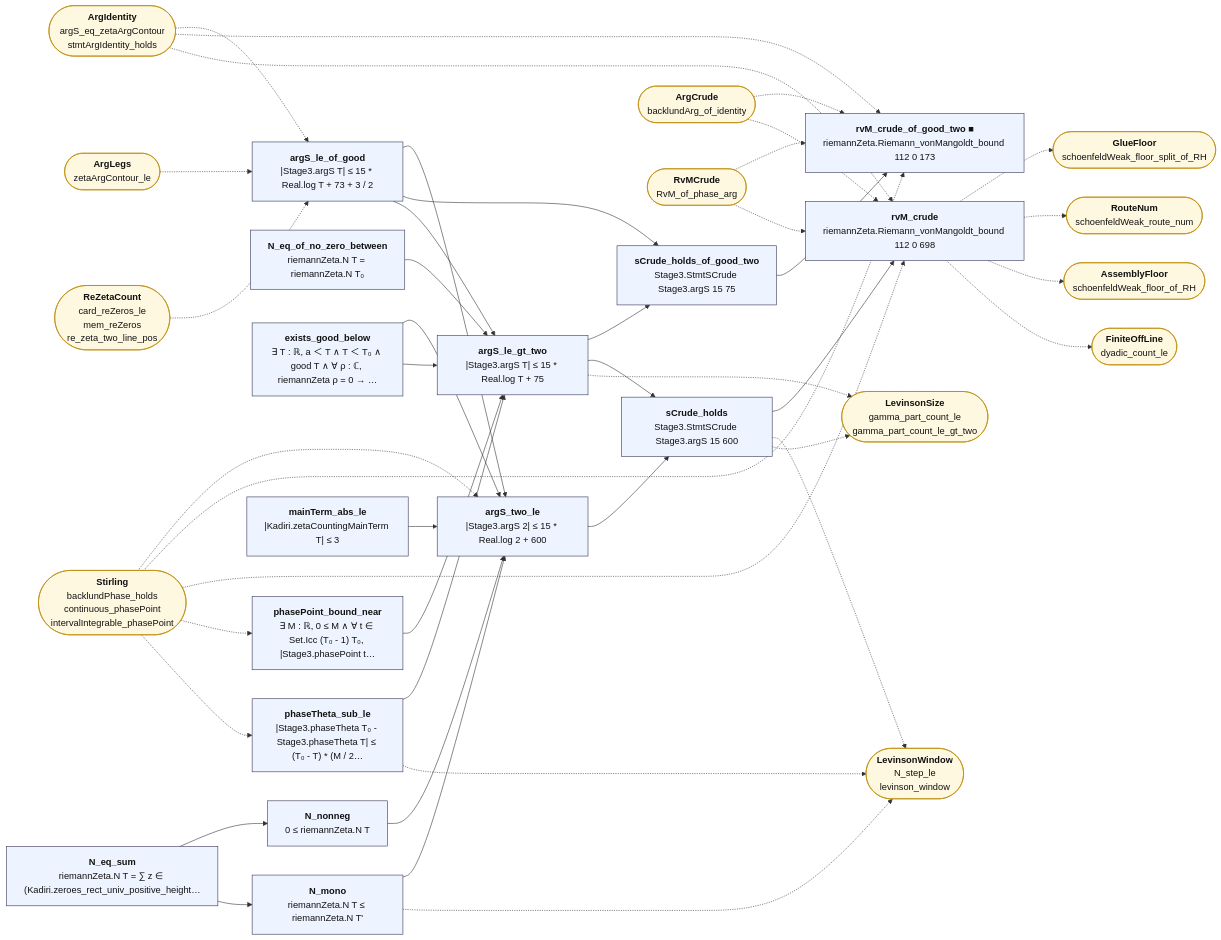
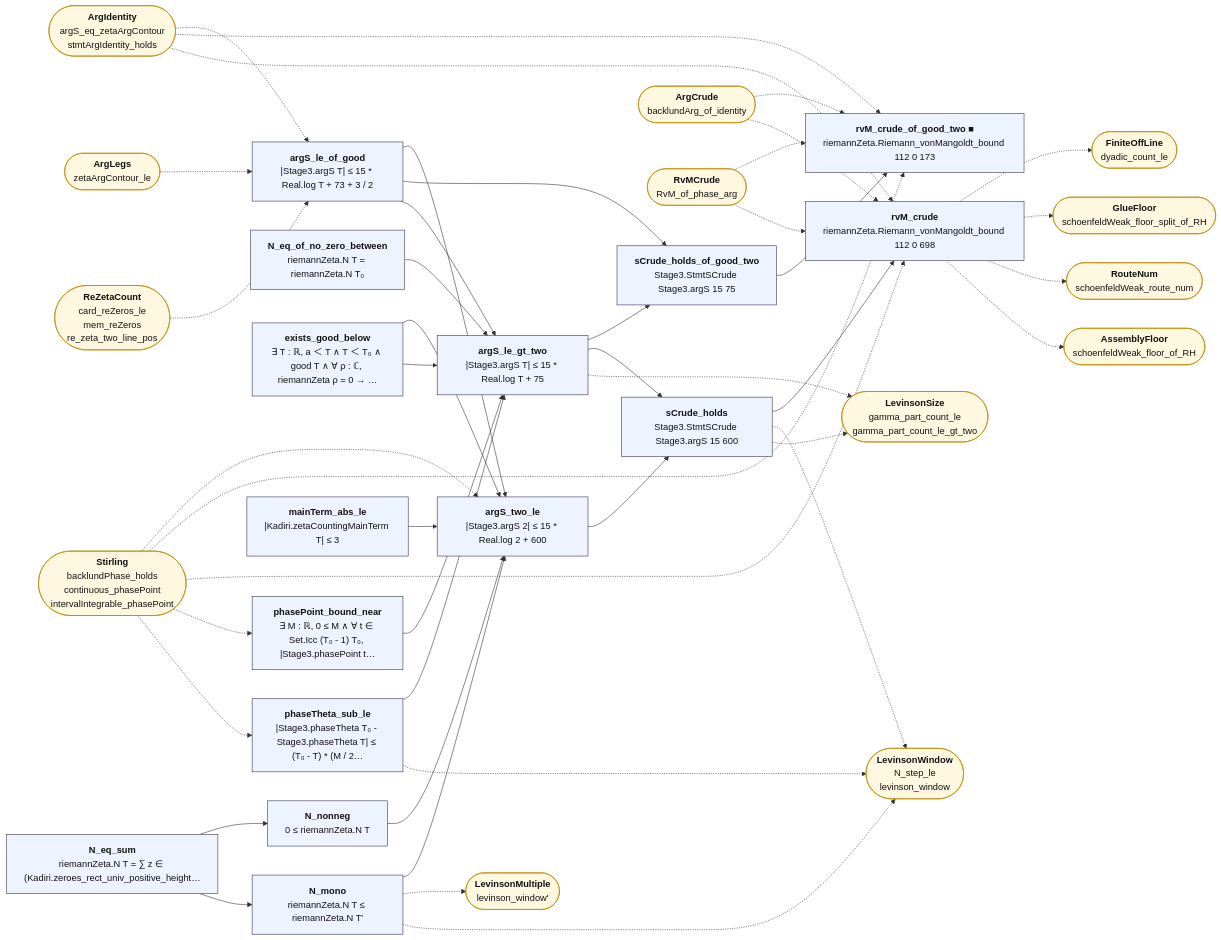
The diagram in map/lean_stage3/ArgCount.md (juliansambranojr/Primebeat_081426), drawn with Mermaid before and after one commit. The commit also changed other lines of this file and 39 other files, not shown here.

````diff
--- a/map/lean_stage3/ArgCount.md
+++ b/map/lean_stage3/ArgCount.md
@@ -12,79 +12,81 @@
 ```mermaid
 flowchart LR
   n0["<b>argS_le_of_good</b><br/>|Stage3.argS T| ≤ 15 * Real.log T + 73 + 3 / 2"]:::thm
   n1["<b>N_eq_sum</b><br/>riemannZeta.N T = ∑ z ∈ (Kadiri.zeroes_rect_univ_positive_height…"]:::thm
   n2["<b>N_nonneg</b><br/>0 ≤ riemannZeta.N T"]:::thm
   n3["<b>N_mono</b><br/>riemannZeta.N T ≤ riemannZeta.N T'"]:::thm
   n4["<b>N_eq_of_no_zero_between</b><br/>riemannZeta.N T = riemannZeta.N T₀"]:::thm
   n5["<b>exists_good_below</b><br/>∃ T : ℝ, a ＜ T ∧ T ＜ T₀ ∧ good T ∧ ∀ ρ : ℂ, riemannZeta ρ = 0 → …"]:::thm
   n6["<b>phasePoint_bound_near</b><br/>∃ M : ℝ, 0 ≤ M ∧ ∀ t ∈ Set.Icc (T₀ - 1) T₀, |Stage3.phasePoint t…"]:::thm
   n7["<b>phaseTheta_sub_le</b><br/>|Stage3.phaseTheta T₀ - Stage3.phaseTheta T| ≤ (T₀ - T) * (M / 2…"]:::thm
   n8["<b>argS_le_gt_two</b><br/>|Stage3.argS T| ≤ 15 * Real.log T + 75"]:::thm
   n9["<b>mainTerm_abs_le</b><br/>|Kadiri.zetaCountingMainTerm T| ≤ 3"]:::thm
   n10["<b>argS_two_le</b><br/>|Stage3.argS 2| ≤ 15 * Real.log 2 + 600"]:::thm
   n11["<b>sCrude_holds_of_good_two</b><br/>Stage3.StmtSCrude Stage3.argS 15 75"]:::thm
   n12["<b>sCrude_holds</b><br/>Stage3.StmtSCrude Stage3.argS 15 600"]:::thm
   n13["<b>rvM_crude_of_good_two ■</b><br/>riemannZeta.Riemann_vonMangoldt_bound 112 0 173"]:::thm
   n14["<b>rvM_crude</b><br/>riemannZeta.Riemann_vonMangoldt_bound 112 0 698"]:::thm
   x0(["<b>ArgIdentity</b><br/>argS_eq_zetaArgContour<br/>stmtArgIdentity_holds"]):::ext
   x1(["<b>ArgLegs</b><br/>zetaArgContour_le"]):::ext
   x2(["<b>ReZetaCount</b><br/>card_reZeros_le<br/>mem_reZeros<br/>re_zeta_two_line_pos"]):::ext
-  x3(["<b>LevinsonWindow</b><br/>N_step_le<br/>levinson_window"]):::ext
-  x4(["<b>Stirling</b><br/>backlundPhase_holds<br/>continuous_phasePoint<br/>intervalIntegrable_phasePoint"]):::ext
-  x5(["<b>LevinsonSize</b><br/>gamma_part_count_le<br/>gamma_part_count_le_gt_two"]):::ext
-  x6(["<b>ArgCrude</b><br/>backlundArg_of_identity"]):::ext
-  x7(["<b>RvMCrude</b><br/>RvM_of_phase_arg"]):::ext
-  x8(["<b>AssemblyFloor</b><br/>schoenfeldWeak_floor_of_RH"]):::ext
-  x9(["<b>FiniteOffLine</b><br/>dyadic_count_le"]):::ext
-  x10(["<b>GlueFloor</b><br/>schoenfeldWeak_floor_split_of_RH"]):::ext
-  x11(["<b>RouteNum</b><br/>schoenfeldWeak_route_num"]):::ext
+  x3(["<b>LevinsonMultiple</b><br/>levinson_window'"]):::ext
+  x4(["<b>LevinsonWindow</b><br/>N_step_le<br/>levinson_window"]):::ext
+  x5(["<b>Stirling</b><br/>backlundPhase_holds<br/>continuous_phasePoint<br/>intervalIntegrable_phasePoint"]):::ext
+  x6(["<b>LevinsonSize</b><br/>gamma_part_count_le<br/>gamma_part_count_le_gt_two"]):::ext
+  x7(["<b>ArgCrude</b><br/>backlundArg_of_identity"]):::ext
+  x8(["<b>RvMCrude</b><br/>RvM_of_phase_arg"]):::ext
+  x9(["<b>AssemblyFloor</b><br/>schoenfeldWeak_floor_of_RH"]):::ext
+  x10(["<b>FiniteOffLine</b><br/>dyadic_count_le"]):::ext
+  x11(["<b>GlueFloor</b><br/>schoenfeldWeak_floor_split_of_RH"]):::ext
+  x12(["<b>RouteNum</b><br/>schoenfeldWeak_route_num"]):::ext
   n0 --> n10
   n0 --> n11
   n0 --> n8
   n1 --> n2
   n1 --> n3
   n10 --> n12
   n11 --> n13
   n12 --> n14
   n2 --> n10
   n3 --> n10
   n4 --> n8
   n5 --> n10
   n5 --> n8
   n6 --> n8
   n7 --> n8
   n8 --> n11
   n8 --> n12
   n9 --> n10
-  n12 -.-> x3
-  n12 -.-> x5
+  n12 -.-> x4
+  n12 -.-> x6
   n14 -.-> x10
   n14 -.-> x11
-  n14 -.-> x8
+  n14 -.-> x12
   n14 -.-> x9
   n3 -.-> x3
-  n7 -.-> x3
-  n8 -.-> x5
+  n3 -.-> x4
+  n7 -.-> x4
+  n8 -.-> x6
   x0 -.-> n0
   x0 -.-> n13
   x0 -.-> n14
   x1 -.-> n0
   x2 -.-> n0
-  x4 -.-> n10
-  x4 -.-> n13
-  x4 -.-> n14
-  x4 -.-> n6
-  x4 -.-> n7
-  x6 -.-> n13
-  x6 -.-> n14
+  x5 -.-> n10
+  x5 -.-> n13
+  x5 -.-> n14
+  x5 -.-> n6
+  x5 -.-> n7
   x7 -.-> n13
   x7 -.-> n14
+  x8 -.-> n13
+  x8 -.-> n14
   classDef cnt fill:#dff5ec,stroke:#17694a,color:#111
   classDef shp fill:#f1ecfb,stroke:#5b3fa0,color:#111
   classDef rh fill:#ffe5e5,stroke:#c22,color:#111,stroke-width:2px
   classDef thm fill:#eef4ff,stroke:#335,color:#111
   classDef end_ fill:#e7f7e7,stroke:#2a7,color:#111,stroke-width:2px
   classDef lone fill:#fff,stroke:#999,color:#111,stroke-dasharray:4 3
   classDef bad fill:#ffe5e5,stroke:#c22,color:#111,stroke-width:2px
   classDef ext fill:#fff8e1,stroke:#b80,color:#111
 ```
````
